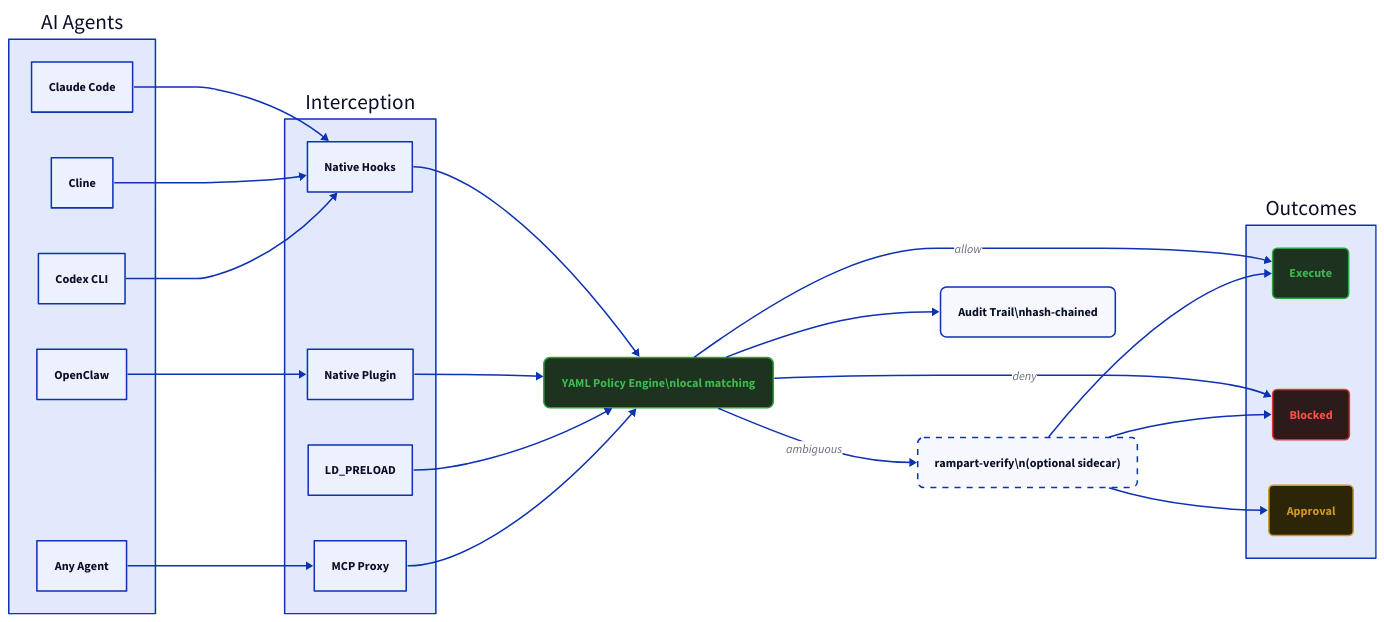
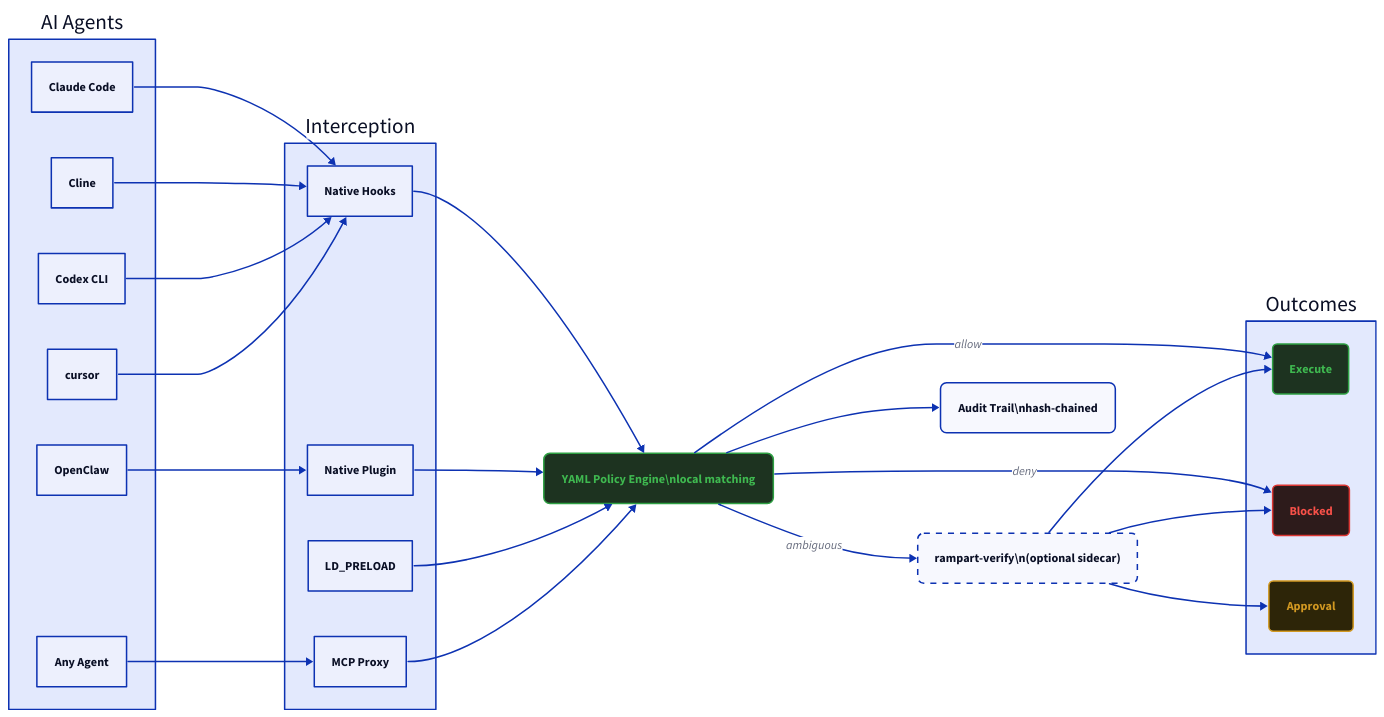
The diagram in docs-site/index.md (peg/rampart), drawn with D2 before and after one commit. The commit also changed other lines of this file and 29 other files, not shown here.

Commit message:
feat: add native Cursor Agent hooks

````diff
--- a/docs-site/index.md
+++ b/docs-site/index.md
@@ -136,78 +136,79 @@
 ```d2
 direction: right
 
 agents: {
   label: "AI Agents"
   claude: "Claude Code"
   cline: "Cline"
   openclaw: "OpenClaw"
   codex: "Codex CLI"
   other: "Any Agent"
 }
 
 intercept: {
   label: "Interception"
   hooks: "Native Hooks"
   plugin: "Native Plugin"
   preload: "LD_PRELOAD"
   mcp: "MCP Proxy"
 }
 
 engine: "YAML Policy Engine\\nlocal matching" {
   style.fill: "#1d3320"
   style.stroke: "#2ea043"
   style.font-color: "#3fb950"
   style.border-radius: 8
 }
 
 verify: "rampart-verify\\n(optional sidecar)" {
   style.stroke-dash: 4
   style.border-radius: 8
 }
 
 audit: "Audit Trail\\nhash-chained" {
   style.border-radius: 8
 }
 
 outcomes: {
   label: "Outcomes"
   allow: "Execute" {
     style.fill: "#1d3320"
     style.stroke: "#2ea043"
     style.font-color: "#3fb950"
     style.border-radius: 6
   }
   deny: "Blocked" {
     style.fill: "#2d1b1b"
     style.stroke: "#da3633"
     style.font-color: "#f85149"
     style.border-radius: 6
   }
   approval: "Approval" {
     style.fill: "#2d2508"
     style.stroke: "#d29922"
     style.font-color: "#d29922"
     style.border-radius: 6
   }
 }
 
 agents.claude -> intercept.hooks
 agents.cline -> intercept.hooks
 agents.openclaw -> intercept.plugin
 agents.codex -> intercept.hooks
+agents.cursor -> intercept.hooks
 agents.other -> intercept.mcp
 
 intercept.hooks -> engine
 intercept.plugin -> engine
 intercept.preload -> engine
 intercept.mcp -> engine
 
 engine -> outcomes.allow: "allow"
 engine -> outcomes.deny: "deny"
 engine -> verify: "ambiguous"
 engine -> audit
 
 verify -> outcomes.allow
 verify -> outcomes.deny
 verify -> outcomes.approval
 ```
````
